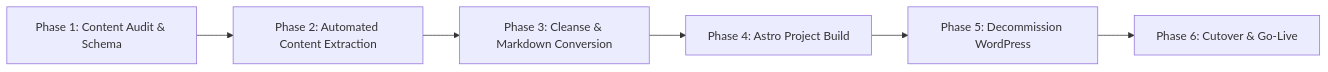
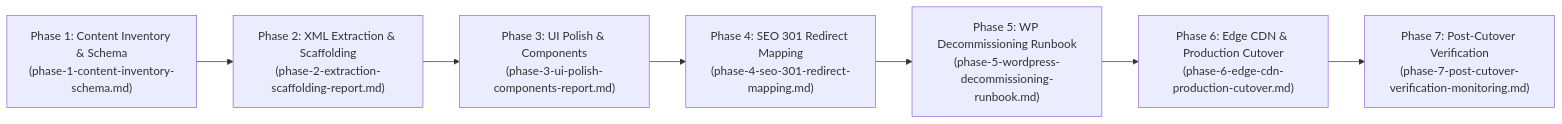
Before and after one commit to zaheerabbas139/test-hostinger-tbdeleted1: the diagram in docs/architecture/wordpress-to-astro-migration-plan.md, drawn with Mermaid. The commit also changed 4 other files, not shown here.

Commit message:
docs: add phase 5-7 architecture runbooks for wordpress decommissioning, CDN cutover, and monitoring

````diff
--- a/docs/architecture/wordpress-to-astro-migration-plan.md
+++ b/docs/architecture/wordpress-to-astro-migration-plan.md
@@ -46,8 +46,9 @@
 ```mermaid
 flowchart LR
-    A["Phase 1: Content Audit & Schema"] --> B["Phase 2: Automated Content Extraction"]
-    B --> C["Phase 3: Cleanse & Markdown Conversion"]
-    C --> D["Phase 4: Astro Project Build"]
-    D --> E["Phase 5: Decommission WordPress"]
-    E --> F["Phase 6: Cutover & Go-Live"]
+    A["Phase 1: Content Inventory & Schema\n(phase-1-content-inventory-schema.md)"] --> B["Phase 2: XML Extraction & Scaffolding\n(phase-2-extraction-scaffolding-report.md)"]
+    B --> C["Phase 3: UI Polish & Components\n(phase-3-ui-polish-components-report.md)"]
+    C --> D["Phase 4: SEO 301 Redirect Mapping\n(phase-4-seo-301-redirect-mapping.md)"]
+    D --> E["Phase 5: WP Decommissioning Runbook\n(phase-5-wordpress-decommissioning-runbook.md)"]
+    E --> F["Phase 6: Edge CDN & Production Cutover\n(phase-6-edge-cdn-production-cutover.md)"]
+    F --> G["Phase 7: Post-Cutover Verification\n(phase-7-post-cutover-verification-monitoring.md)"]
 ```
````
